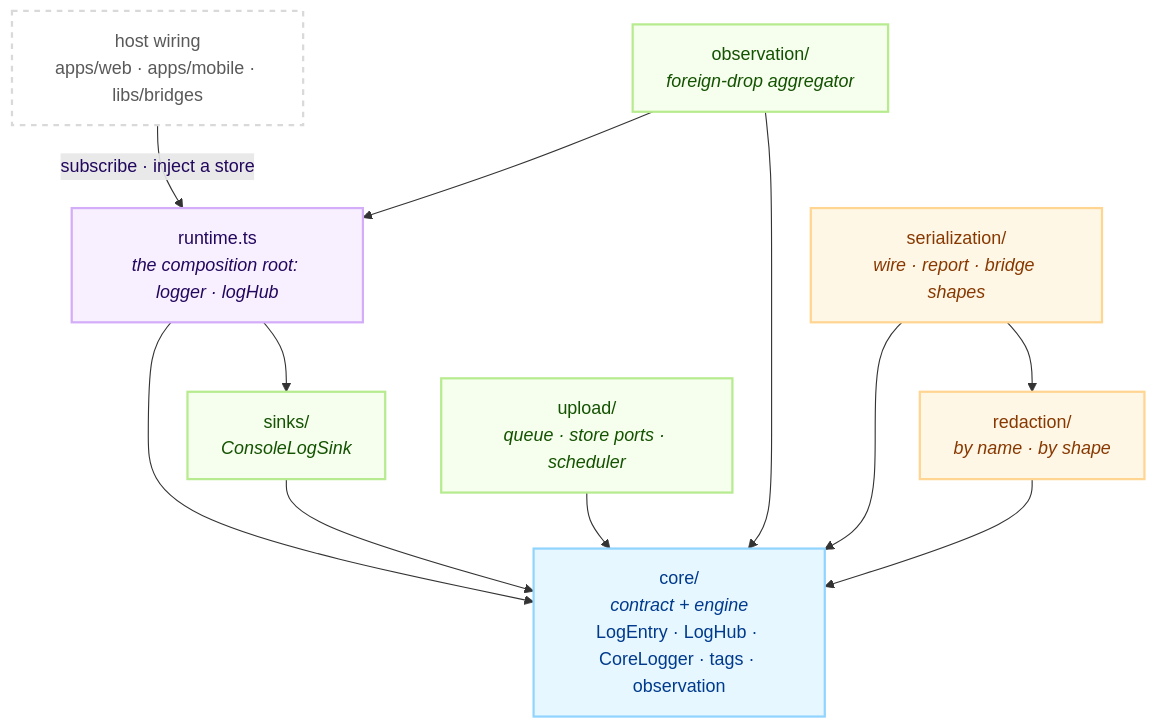
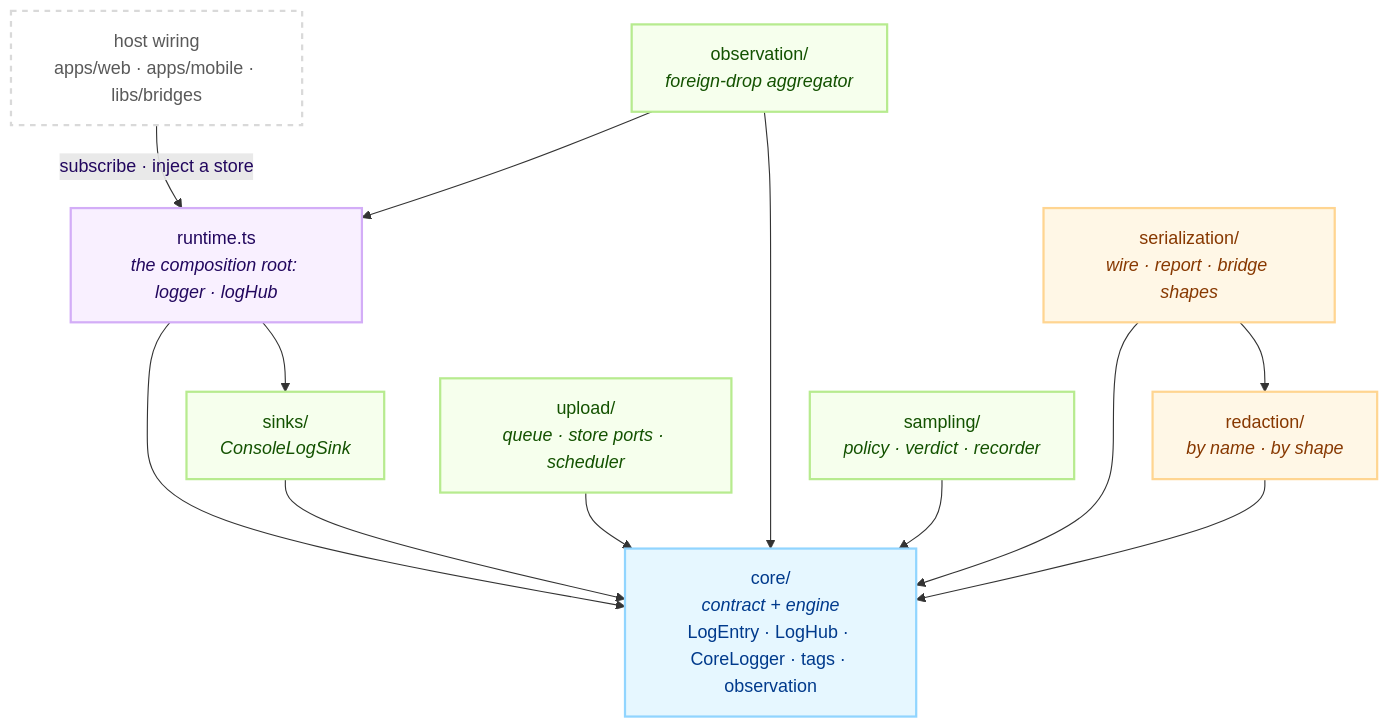
Before and after one commit to lemoncloud-io/dou-app: the first of 2 diagrams in libs/logger/README.md, drawn with Mermaid. The commit also changed other lines of this file and 36 other files, not shown here.

````diff
--- a/libs/logger/README.md
+++ b/libs/logger/README.md
@@ -66,31 +70,33 @@
 ```mermaid
 flowchart TD
     classDef core fill:#e6f7ff,stroke:#91d5ff,stroke-width:2px,color:#003a8c;
     classDef out fill:#f6ffed,stroke:#b7eb8f,stroke-width:2px,color:#135200;
     classDef pol fill:#fff7e6,stroke:#ffd591,stroke-width:2px,color:#873800;
     classDef root fill:#f9f0ff,stroke:#d3adf7,stroke-width:2px,color:#22075e;
     classDef ext fill:#ffffff,stroke:#d9d9d9,stroke-width:2px,color:#595959,stroke-dasharray: 5 5;
 
     Host["host wiring<br/>apps/web · apps/mobile · libs/bridges"]:::ext
 
     RT["runtime.ts<br/><i>the composition root: logger · logHub</i>"]:::root
     Core["core/<br/><i>contract + engine</i><br/>LogEntry · LogHub · CoreLogger · tags · observation"]:::core
 
     Sinks["sinks/<br/><i>ConsoleLogSink</i>"]:::out
     Upload["upload/<br/><i>queue · store ports · scheduler</i>"]:::out
     Obs["observation/<br/><i>foreign-drop aggregator</i>"]:::out
+    Smp["sampling/<br/><i>policy · verdict · recorder</i>"]:::out
 
     Ser["serialization/<br/><i>wire · report · bridge shapes</i>"]:::pol
     Red["redaction/<br/><i>by name · by shape</i>"]:::pol
 
     Host -->|"subscribe · inject a store"| RT
     RT --> Core
     RT --> Sinks
     Sinks --> Core
     Upload --> Core
     Obs --> Core
     Obs --> RT
+    Smp --> Core
     Ser --> Core
     Ser --> Red
     Red --> Core
 ```
````
